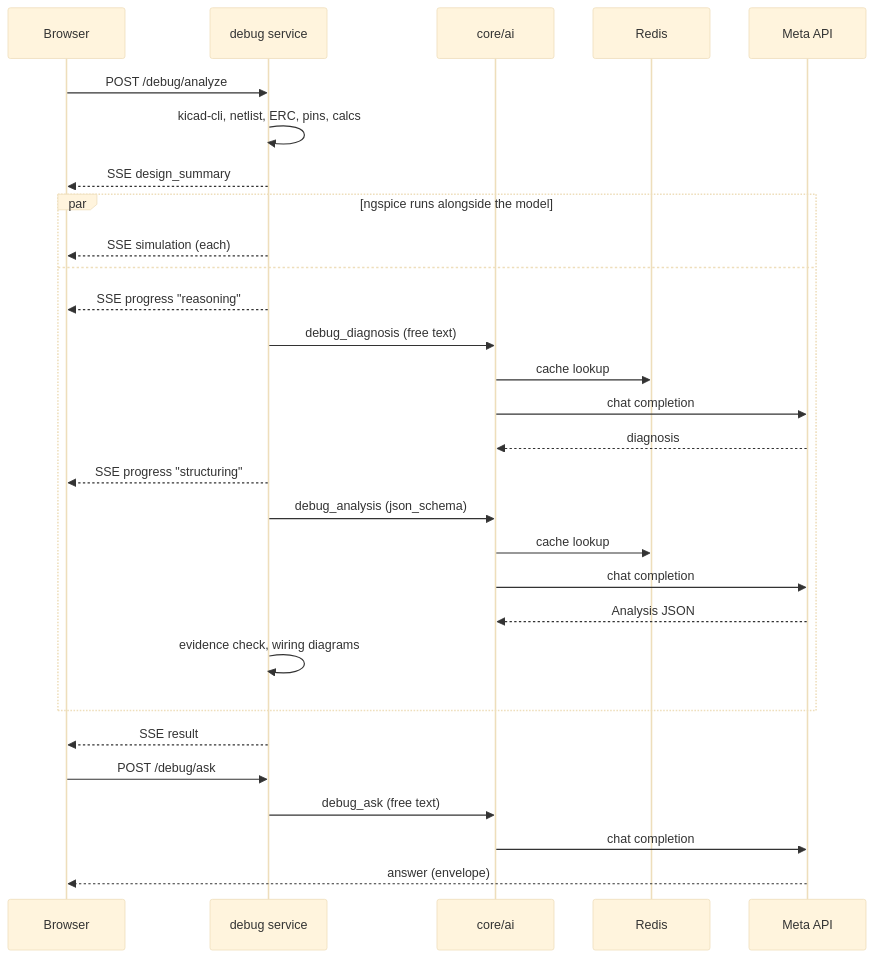
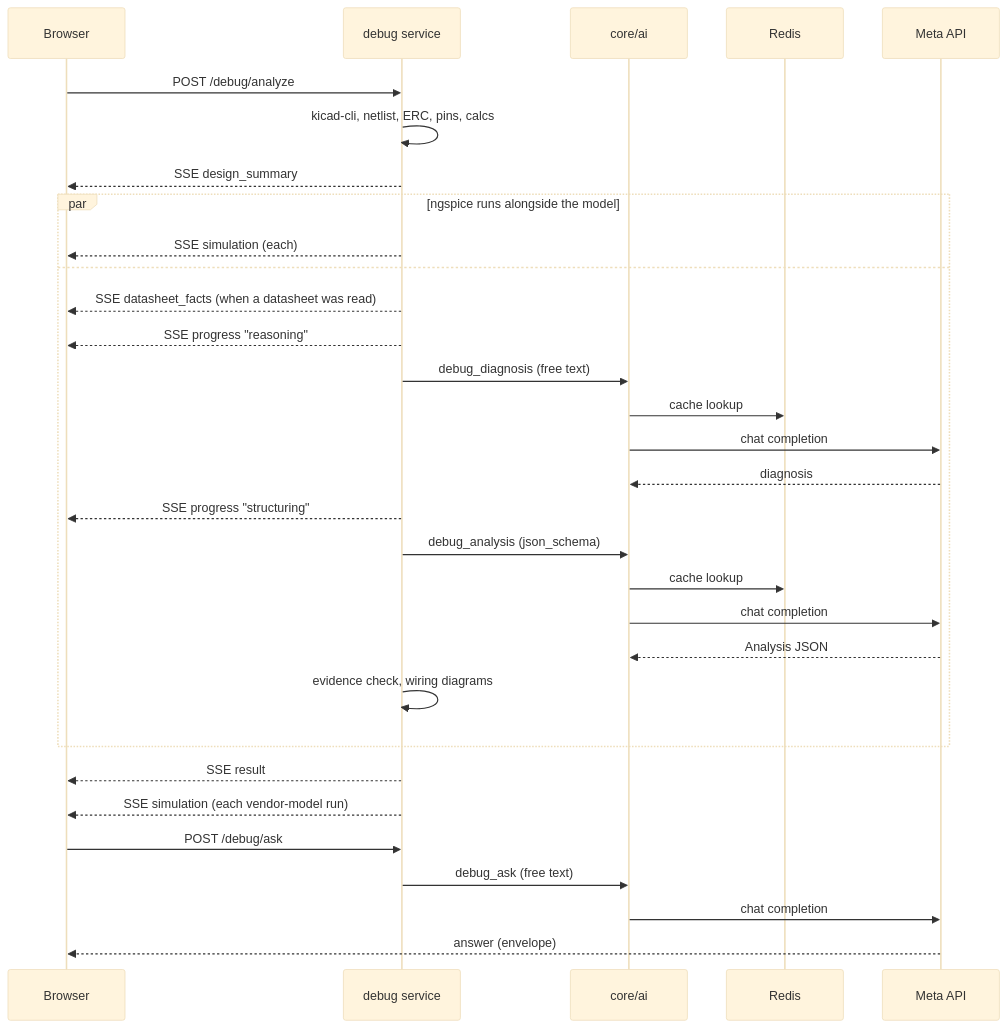
Before and after one commit to bjorndspark/haxrok: the diagram in README.md, drawn with Mermaid (base theme). The commit also changed other lines of this file and 21 other files, not shown here.

First line of the commit message:
feat(debug): show datasheets, models and vendor-model verdicts

````diff
--- a/README.md
+++ b/README.md
@@ -113,33 +117,35 @@
 ```mermaid
 sequenceDiagram
     participant B as Browser
     participant S as debug service
     participant AI as core/ai
     participant R as Redis
     participant G as Meta API
 
     B->>S: POST /debug/analyze
     S->>S: kicad-cli, netlist, ERC, pins, calcs
     S-->>B: SSE design_summary
     par ngspice runs alongside the model
         S-->>B: SSE simulation (each)
     and
+        S-->>B: SSE datasheet_facts (when a datasheet was read)
         S-->>B: SSE progress "reasoning"
         S->>AI: debug_diagnosis (free text)
         AI->>R: cache lookup
         AI->>G: chat completion
         G-->>AI: diagnosis
         S-->>B: SSE progress "structuring"
         S->>AI: debug_analysis (json_schema)
         AI->>R: cache lookup
         AI->>G: chat completion
         G-->>AI: Analysis JSON
         S->>S: evidence check, wiring diagrams
     end
     S-->>B: SSE result
+    S-->>B: SSE simulation (each vendor-model run)
 
     B->>S: POST /debug/ask
     S->>AI: debug_ask (free text)
     AI->>G: chat completion
     G-->>B: answer (envelope)
 ```
````
